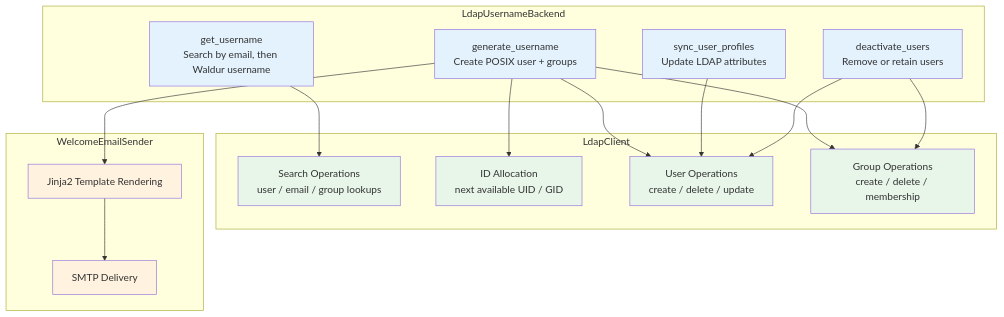
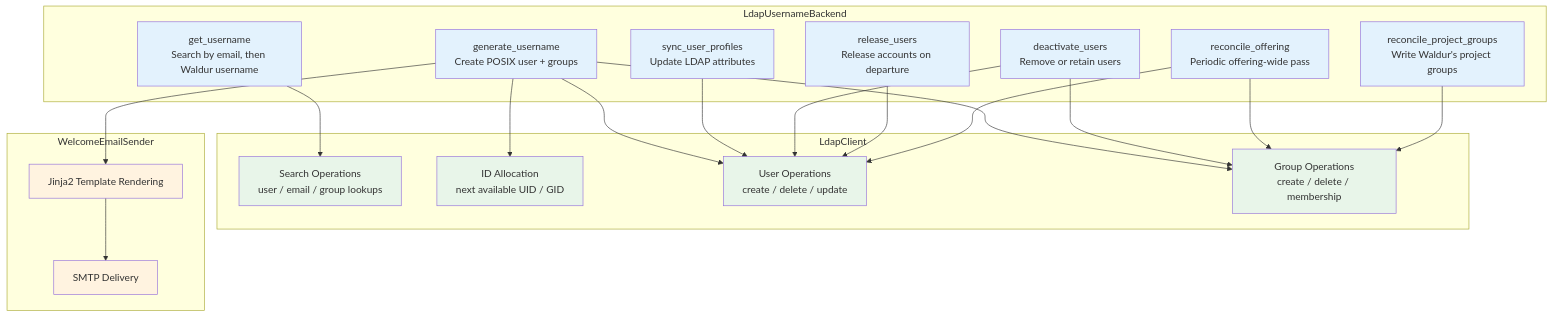
Before and after one commit to waldur/waldur-site-agent: the fourth of 4 diagrams in plugins/ldap/README.md, drawn with Mermaid. The commit also changed other lines of this file and 69 other files, not shown here.

Commit message:
Plugin READMEs, settings schemas for every backend, per-role schema validation [#53]

````diff
--- a/plugins/ldap/README.md
+++ b/plugins/ldap/README.md
@@ -148,39 +160,46 @@
 ```mermaid
 graph TB
     subgraph "LdapUsernameBackend"
         GET[get_username<br/>Search by email, then Waldur username]
         GEN[generate_username<br/>Create POSIX user + groups]
         SYNC[sync_user_profiles<br/>Update LDAP attributes]
         DEACT[deactivate_users<br/>Remove or retain users]
+        REL[release_users<br/>Release accounts on departure]
+        RECON[reconcile_offering<br/>Periodic offering-wide pass]
+        RPG[reconcile_project_groups<br/>Write Waldur's project groups]
     end
 
     subgraph "LdapClient"
         SEARCH[Search Operations<br/>user / email / group lookups]
         IDALLOC[ID Allocation<br/>next available UID / GID]
         USEROP[User Operations<br/>create / delete / update]
         GROUPOP[Group Operations<br/>create / delete / membership]
     end
 
     subgraph "WelcomeEmailSender"
         RENDER[Jinja2 Template Rendering]
         SEND[SMTP Delivery]
     end
 
     GET --> SEARCH
     GEN --> IDALLOC
     GEN --> USEROP
     GEN --> GROUPOP
     GEN --> RENDER
     RENDER --> SEND
     SYNC --> USEROP
     DEACT --> USEROP
     DEACT --> GROUPOP
+    REL --> USEROP
+    RECON --> USEROP
+    RECON --> GROUPOP
+    RPG --> GROUPOP
 
     classDef backend fill:#e3f2fd
     classDef client fill:#e8f5e9
     classDef email fill:#fff3e0
 
-    class GET,GEN,SYNC,DEACT backend
+    class GET,GEN,SYNC,DEACT,REL,RECON,RPG backend
     class SEARCH,IDALLOC,USEROP,GROUPOP client
     class RENDER,SEND email
 ```
````
